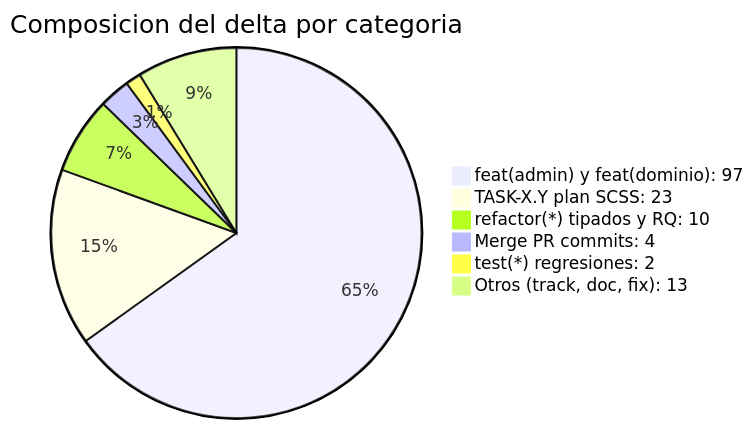
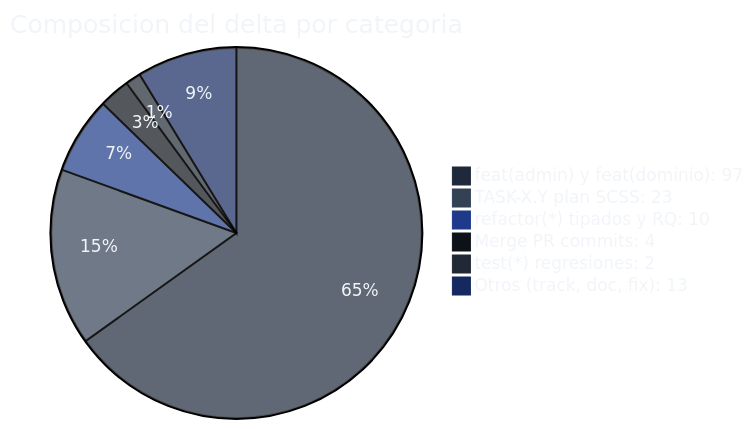
The second of 3 diagrams in docs/pm/iniciativas/analizar-ramas-pendientes-de-integracion/analisis-delta-develop-a-main.md (jcg-admin/template-ecommerce-ui), drawn with Mermaid before and after one commit. The commit also changed other lines of this file and 16 other files, not shown here.

First line of the commit message:
Apply dark Mermaid theme to 19 diagrams

````diff
--- a/docs/pm/iniciativas/analizar-ramas-pendientes-de-integracion/analisis-delta-develop-a-main.md
+++ b/docs/pm/iniciativas/analizar-ramas-pendientes-de-integracion/analisis-delta-develop-a-main.md
@@ -121,9 +131,19 @@
 ```mermaid
+%%{init: {'theme':'base', 'themeVariables': {
+  'background': '#0f172a',
+  'primaryColor': '#1e293b',
+  'primaryTextColor': '#f1f5f9',
+  'primaryBorderColor': '#94a3b8',
+  'lineColor': '#cbd5e1',
+  'secondaryColor': '#334155',
+  'tertiaryColor': '#1e3a8a',
+  'fontSize': '13px'
+}}}%%
 pie title Composicion del delta por categoria
     "feat(admin) y feat(dominio): 97" : 97
     "TASK-X.Y plan SCSS: 23" : 23
     "refactor(*) tipados y RQ: 10" : 10
     "Merge PR commits: 4" : 4
     "test(*) regresiones: 2" : 2
     "Otros (track, doc, fix): 13" : 13
 ```
````
